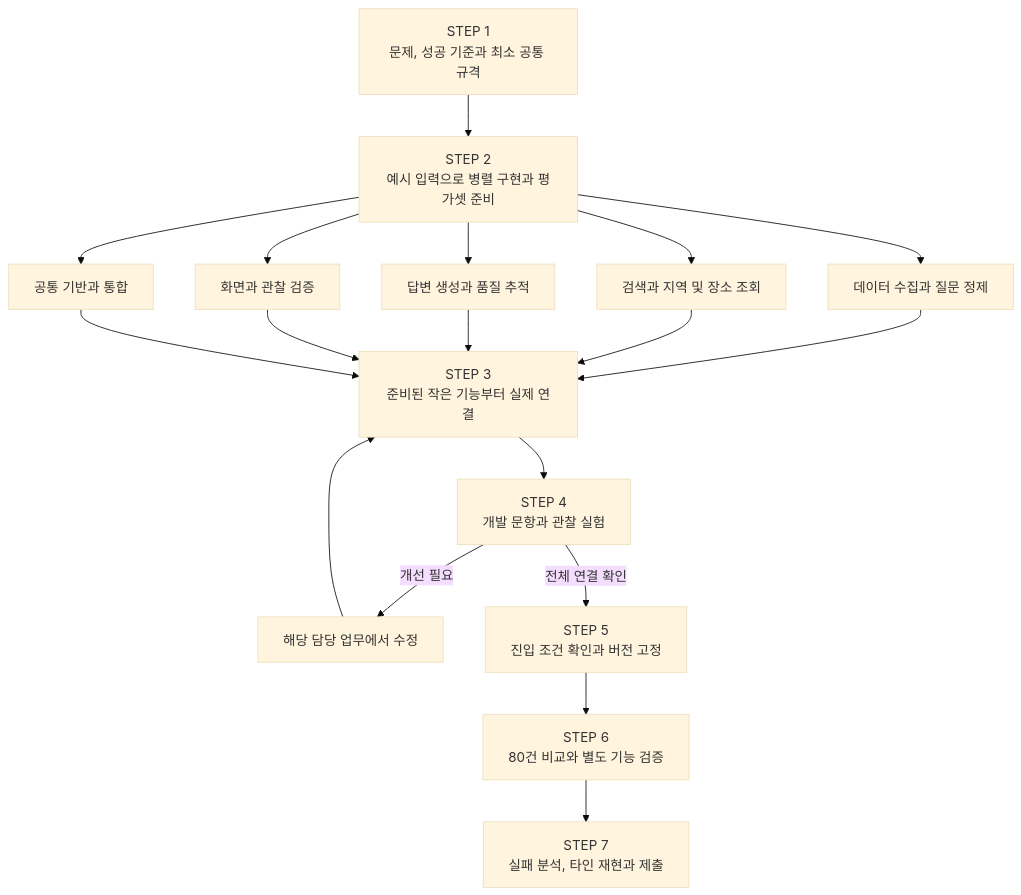
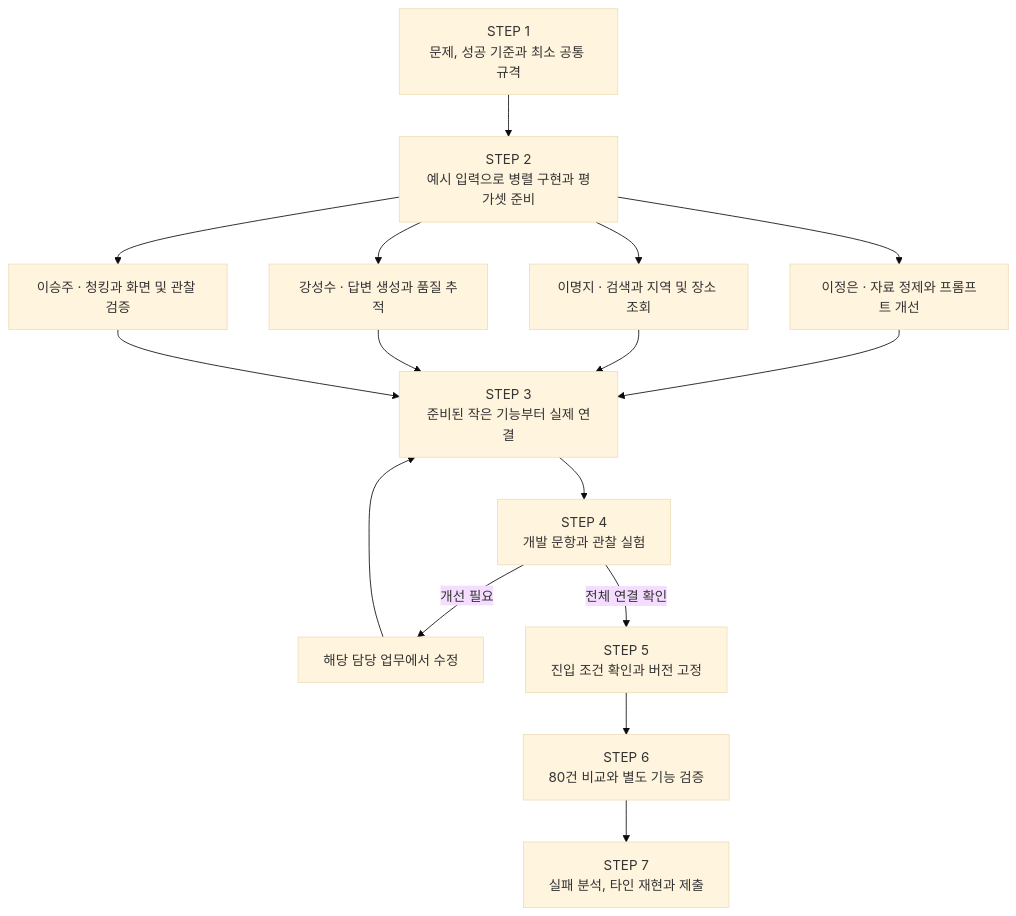
The diagram in ROADMAP.md (axfehlerlee/best-driver-rag-project-jungeun), drawn with Mermaid (base theme) before and after one commit. The commit also changed other lines of this file and 6 other files, not shown here.

````diff
--- a/ROADMAP.md
+++ b/ROADMAP.md
@@ -49,22 +52,21 @@
 ```mermaid
 flowchart TB
     A["STEP 1<br/>문제, 성공 기준과 최소 공통 규격"]
     B["STEP 2<br/>예시 입력으로 병렬 구현과 평가셋 준비"]
-    D["데이터 수집과 질문 정제"]
-    R["검색과 지역 및 장소 조회"]
-    G["답변 생성과 품질 추적"]
-    U["화면과 관찰 검증"]
-    C["공통 기반과 통합"]
+    D["이정은 · 자료 정제와 프롬프트 개선"]
+    R["이명지 · 검색과 지역 및 장소 조회"]
+    G["강성수 · 답변 생성과 품질 추적"]
+    U["이승주 · 청킹과 화면 및 관찰 검증"]
     I["STEP 3<br/>준비된 작은 기능부터 실제 연결"]
     V["STEP 4<br/>개발 문항과 관찰 실험"]
     X["해당 담당 업무에서 수정"]
     F["STEP 5<br/>진입 조건 확인과 버전 고정"]
     E["STEP 6<br/>80건 비교와 별도 기능 검증"]
     H["STEP 7<br/>실패 분석, 타인 재현과 제출"]
     A --> B
-    B --> D & R & G & U & C
-    D & R & G & U & C --> I
+    B --> D & R & G & U
+    D & R & G & U --> I
     I --> V
     V -->|개선 필요| X --> I
     V -->|전체 연결 확인| F --> E --> H
 ```
````
